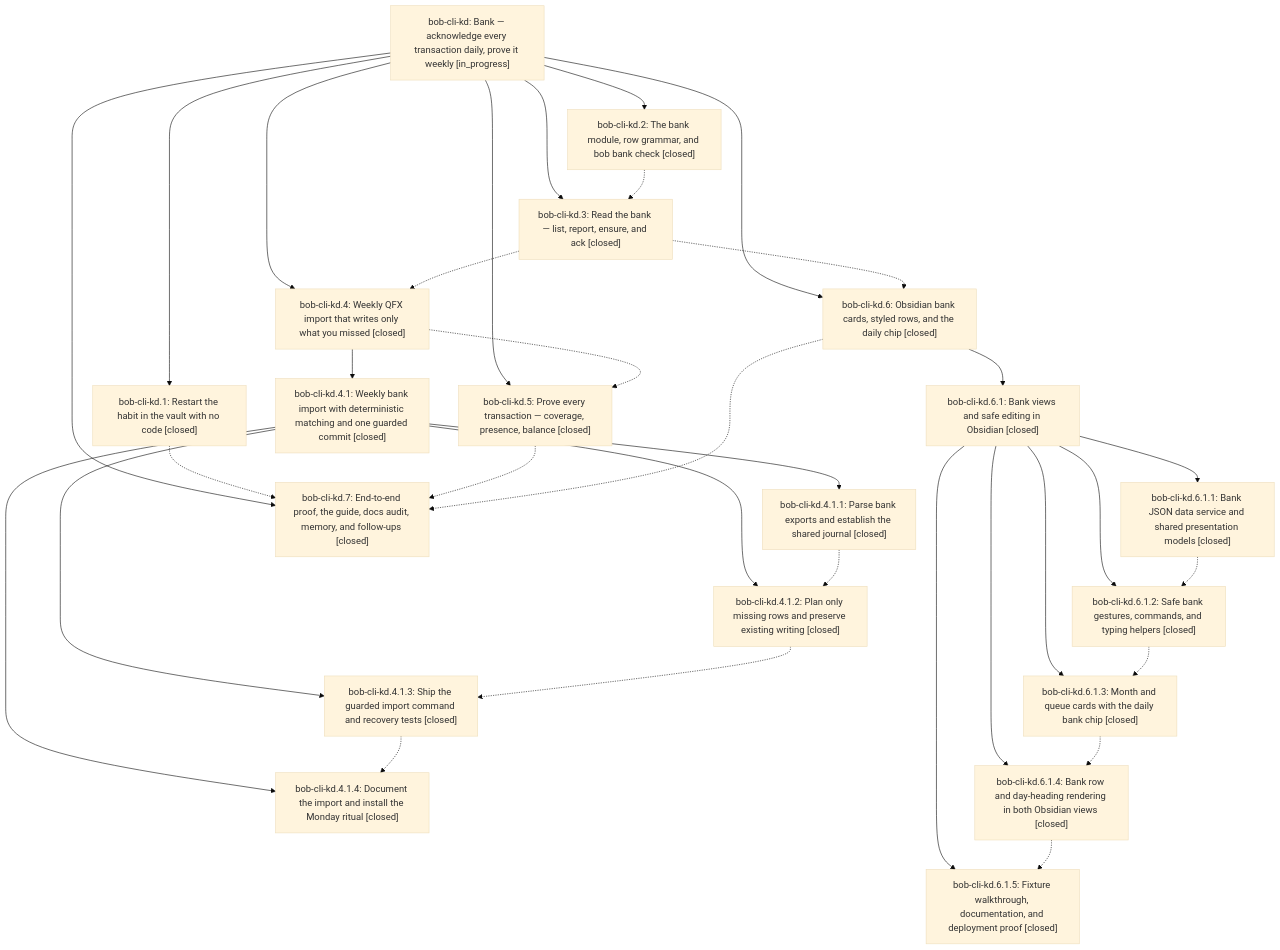
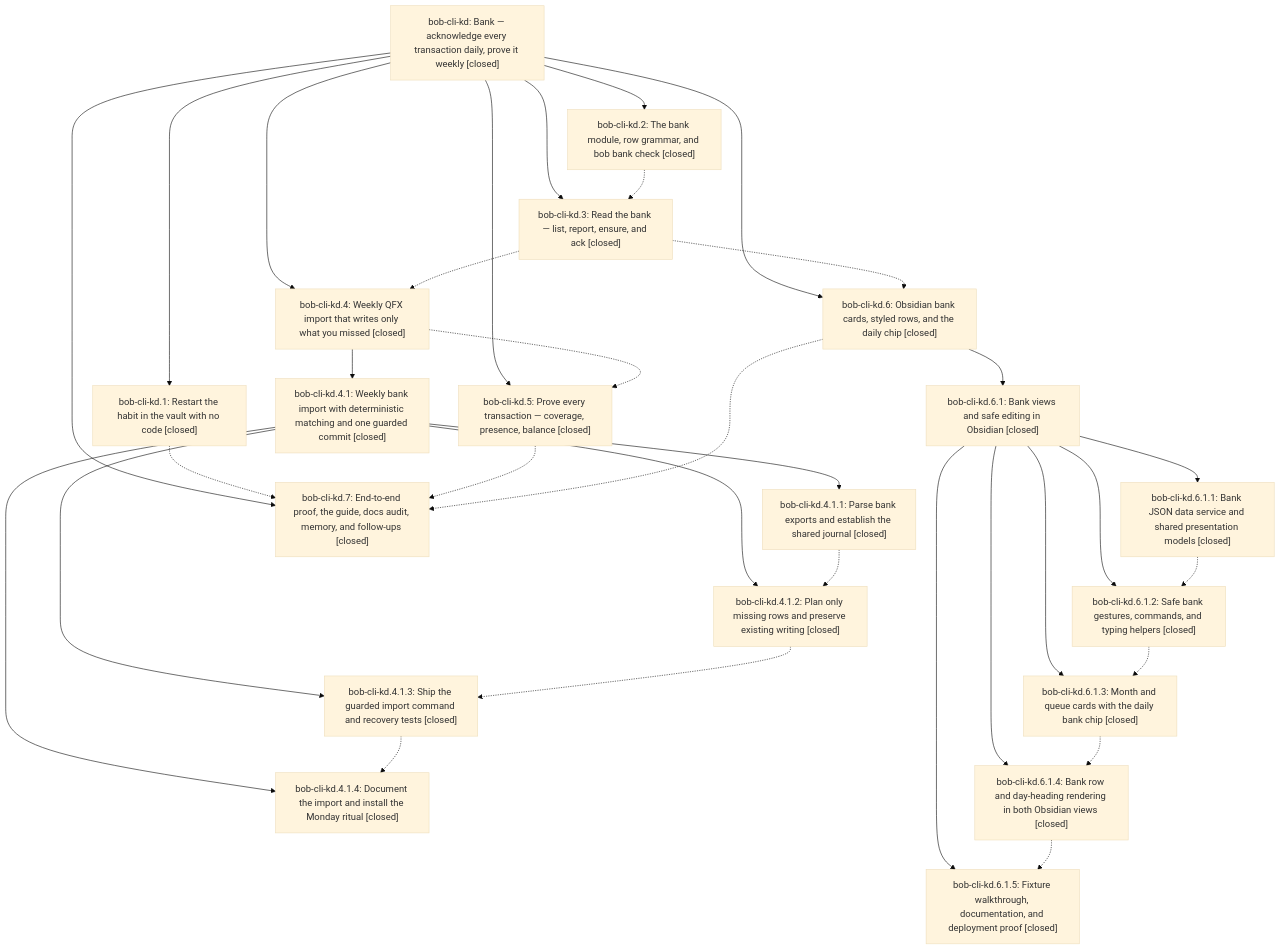
One commit to bobs-org/bob-cli--beads changed the diagram in pages/bob-cli-kd/README.md. Above: the diagram before and after it, drawn with Mermaid (base theme). The commit also changed other lines of this file and 7 other files, not shown here.

First line of the commit message:
chore(beads): sync bead state and pages for bob-cli-kd

````diff
--- a/pages/bob-cli-kd/README.md
+++ b/pages/bob-cli-kd/README.md
@@ -48,54 +64,54 @@
 ```mermaid
 flowchart TD
-    n0["bob-cli-kd: Bank — acknowledge every transaction daily, prove it weekly [in_progress]"]
+    n0["bob-cli-kd: Bank — acknowledge every transaction daily, prove it weekly [closed]"]
     n1["bob-cli-kd.1: Restart the habit in the vault with no code [closed]"]
     n2["bob-cli-kd.2: The bank module, row grammar, and bob bank check [closed]"]
     n3["bob-cli-kd.3: Read the bank — list, report, ensure, and ack [closed]"]
     n4["bob-cli-kd.4: Weekly QFX import that writes only what you missed [closed]"]
     n5["bob-cli-kd.4.1: Weekly bank import with deterministic matching and one guarded commit [closed]"]
     n6["bob-cli-kd.4.1.1: Parse bank exports and establish the shared journal [closed]"]
     n7["bob-cli-kd.4.1.2: Plan only missing rows and preserve existing writing [closed]"]
     n8["bob-cli-kd.4.1.3: Ship the guarded import command and recovery tests [closed]"]
     n9["bob-cli-kd.4.1.4: Document the import and install the Monday ritual [closed]"]
     n10["bob-cli-kd.5: Prove every transaction — coverage, presence, balance [closed]"]
     n11["bob-cli-kd.6: Obsidian bank cards, styled rows, and the daily chip [closed]"]
     n12["bob-cli-kd.6.1: Bank views and safe editing in Obsidian [closed]"]
     n13["bob-cli-kd.6.1.1: Bank JSON data service and shared presentation models [closed]"]
     n14["bob-cli-kd.6.1.2: Safe bank gestures, commands, and typing helpers [closed]"]
     n15["bob-cli-kd.6.1.3: Month and queue cards with the daily bank chip [closed]"]
     n16["bob-cli-kd.6.1.4: Bank row and day-heading rendering in both Obsidian views [closed]"]
     n17["bob-cli-kd.6.1.5: Fixture walkthrough, documentation, and deployment proof [closed]"]
     n18["bob-cli-kd.7: End-to-end proof, the guide, docs audit, memory, and follow-ups [closed]"]
     n0 --> n1
     n0 --> n2
     n0 --> n3
     n0 --> n4
     n4 --> n5
     n5 --> n6
     n5 --> n7
     n5 --> n8
     n5 --> n9
     n0 --> n10
     n0 --> n11
     n11 --> n12
     n12 --> n13
     n12 --> n14
     n12 --> n15
     n12 --> n16
     n12 --> n17
     n0 --> n18
     n1 -.-> n18
     n2 -.-> n3
     n3 -.-> n4
     n3 -.-> n11
     n4 -.-> n10
     n6 -.-> n7
     n7 -.-> n8
     n8 -.-> n9
     n10 -.-> n18
     n11 -.-> n18
     n13 -.-> n14
     n14 -.-> n15
     n15 -.-> n16
     n16 -.-> n17
 ```
````
